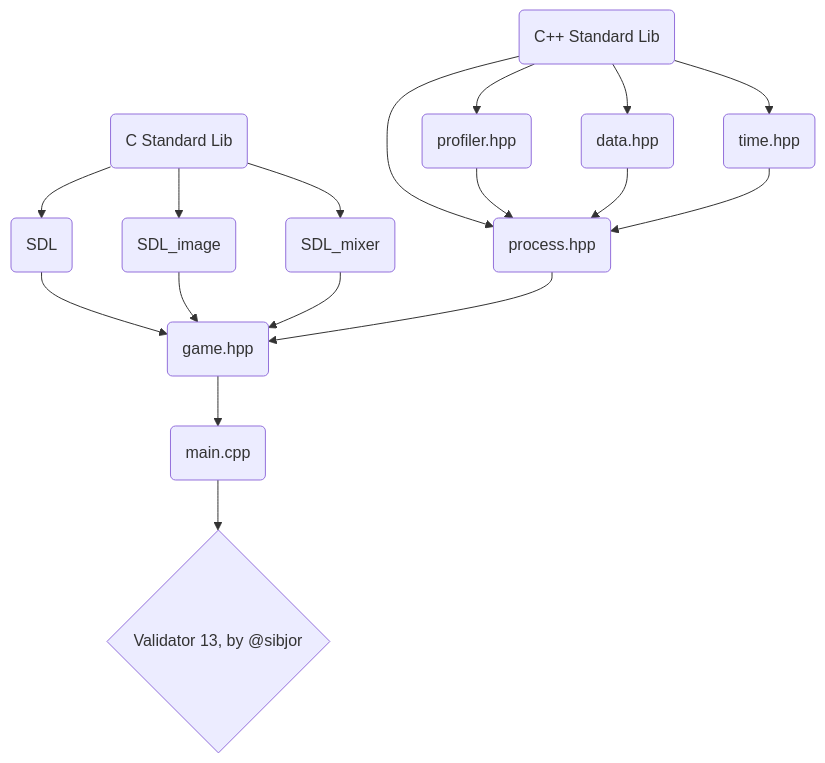
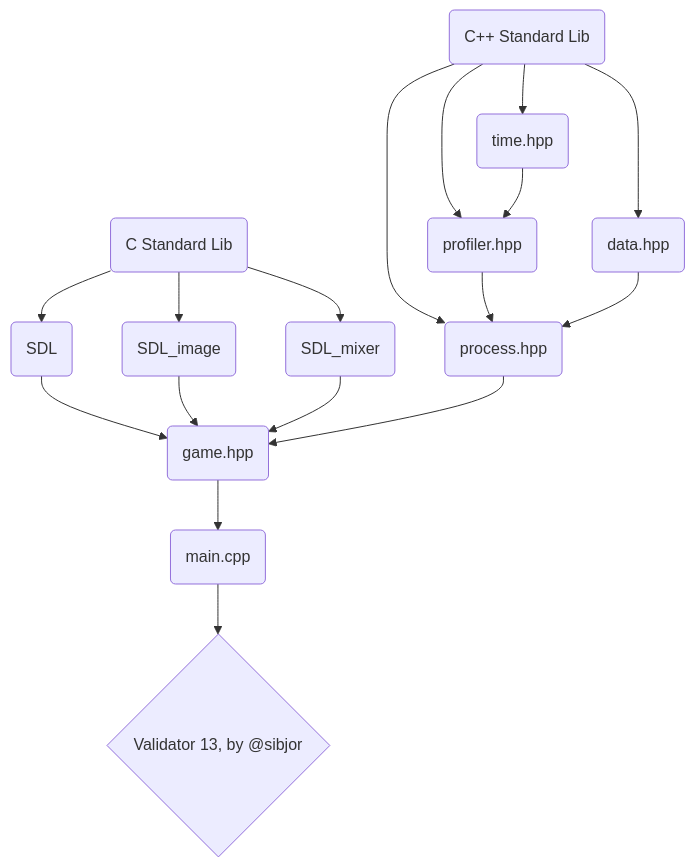
One commit to sibjor/ParkourRunner changed the diagram in README.md. Above: the diagram before and after it, drawn with Mermaid.

Commit message:
removed IG by destiny

````diff
--- a/README.md
+++ b/README.md
@@ -16,27 +16,27 @@
 ```mermaid
 flowchart TD
     A(C Standard Lib)
     B(C++ Standard Lib)
     C(SDL)
     D(SDL_image)
     E(SDL_mixer)
     G(process.hpp)
     H(profiler.hpp) 
     I(time.hpp) 
     J(data.hpp)
     K(game.hpp)
     L(main.cpp)
 
     A --> C --> K
     A --> D --> K
     A --> E --> K
 
     B --> G 
     B --> H --> G
     B --> I
     B --> J --> G
 
     G --> K --> L --> M{Validator 13, by @sibjor}
-
-    I --> G 
+    
+    I --> H
 ```
````
